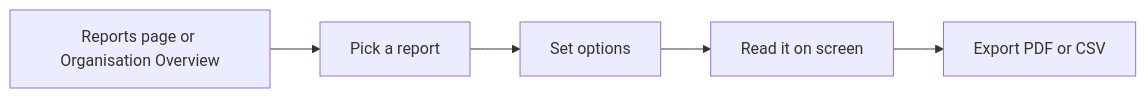
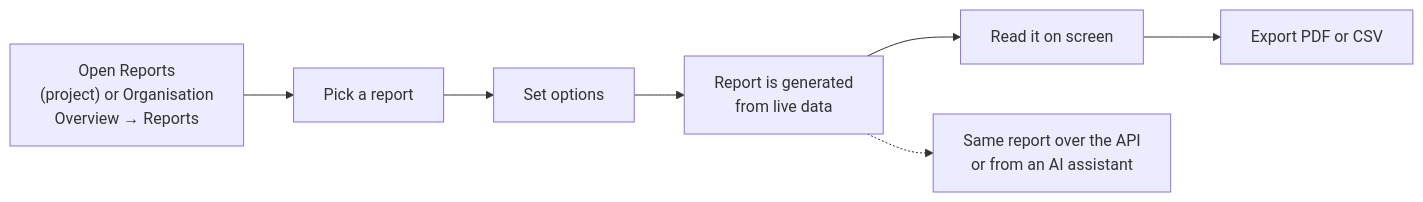
One commit to ballardr/reqtrackmanager changed the diagram in docs/website/docs/modules/context-strategy-module/reports.md. Above: the diagram before and after it, drawn with Mermaid. The commit also changed other lines of this file and 53 other files, not shown here.

````diff
--- a/docs/website/docs/modules/context-strategy-module/reports.md
+++ b/docs/website/docs/modules/context-strategy-module/reports.md
@@ -9,7 +9,9 @@
 ```mermaid
 flowchart LR
-    A[Reports page or Organisation Overview] --> B[Pick a report]
+    A["Open Reports<br/>(project) or Organisation<br/>Overview → Reports"] --> B[Pick a report]
     B --> C[Set options]
-    C --> D[Read it on screen]
-    D --> E[Export PDF or CSV]
+    C --> D["Report is generated<br/>from live data"]
+    D --> E[Read it on screen]
+    E --> F[Export PDF or CSV]
+    D -.-> G["Same report over the API<br/>or from an AI assistant"]
 ```
````
